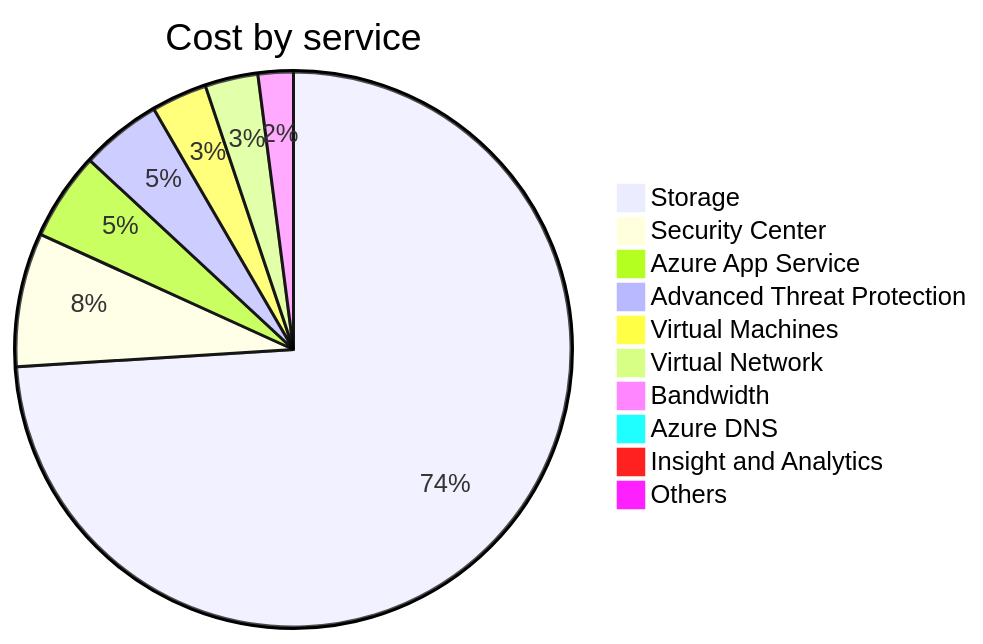
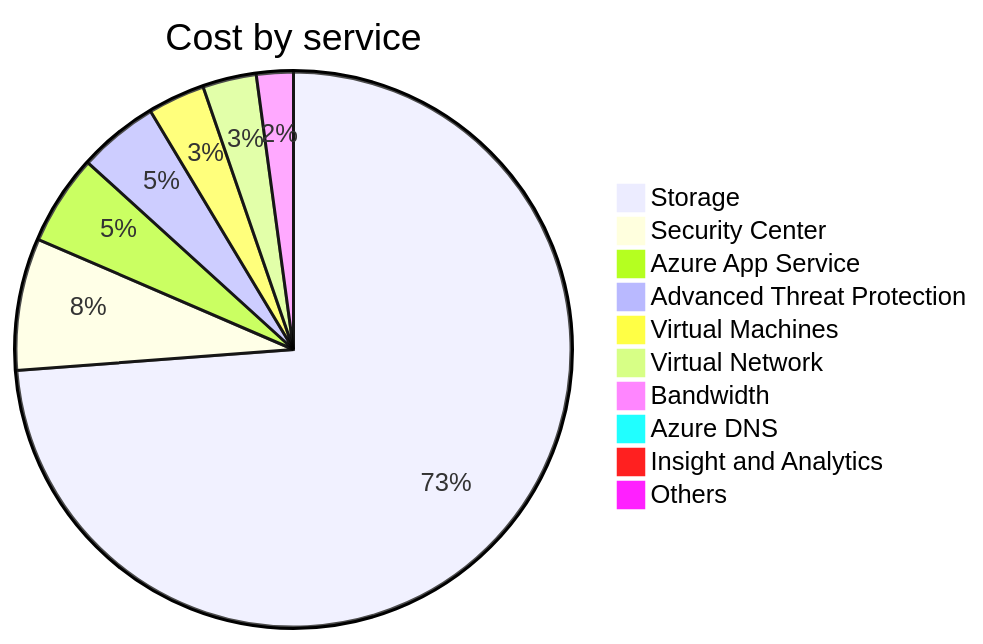
The second of 4 diagrams in cost-reports/accumulated-cost.md (jpfulton/azure-personal-reports), drawn with Mermaid before and after one commit. The commit also changed other lines of this file and 4 other files, not shown here.

````diff
--- a/cost-reports/accumulated-cost.md
+++ b/cost-reports/accumulated-cost.md
@@ -102,14 +102,14 @@
 ```mermaid
 pie
    title Cost by service
-   "Storage" : 187.86
+   "Storage" : 190.10
    "Security Center" : 19.78
-   "Azure App Service" : 12.97
-   "Advanced Threat Protection" : 11.97
-   "Virtual Machines" : 8.23
-   "Virtual Network" : 7.82
-   "Bandwidth" : 5.21
-   "Azure DNS" : 1.07
+   "Azure App Service" : 13.56
+   "Advanced Threat Protection" : 12.00
+   "Virtual Machines" : 8.57
+   "Virtual Network" : 8.06
+   "Bandwidth" : 5.53
+   "Azure DNS" : 1.12
    "Insight and Analytics" : 0.00
    "Others" : 0.00
 ```
````
